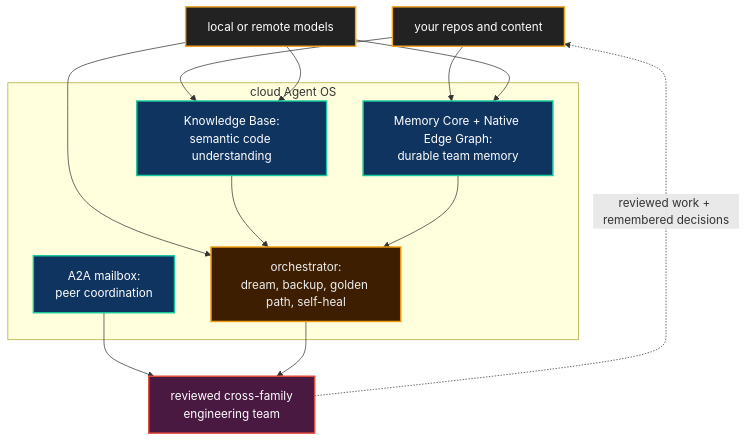
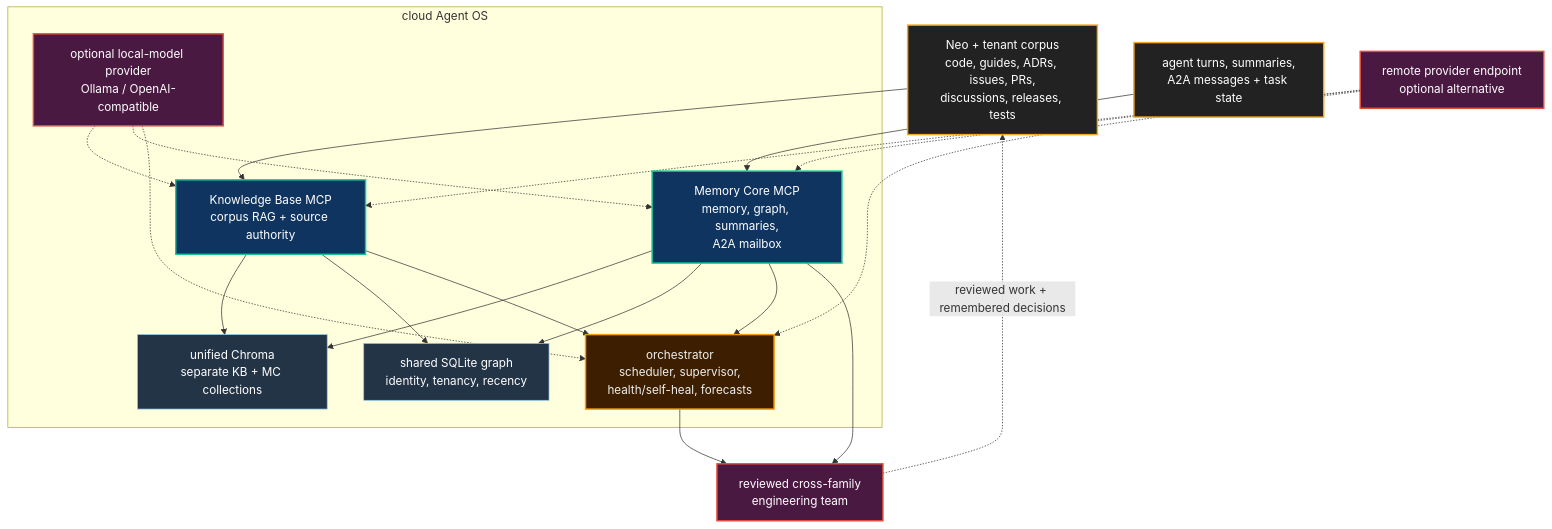
Before and after one commit to neomjs/neo: the first of 2 diagrams in learn/benefits/DeployingTheAgentOS.md, drawn with Mermaid. The commit also changed other lines of this file, not shown here.

Commit message:
docs(benefits): correct Agent OS deployment guide facts (#14321)

````diff
--- a/learn/benefits/DeployingTheAgentOS.md
+++ b/learn/benefits/DeployingTheAgentOS.md
@@ -22,30 +22,42 @@
 ```mermaid
 flowchart TD
     classDef input fill:#222,stroke:#f5a623,stroke-width:2px,color:#fff
-    classDef brain fill:#0f3460,stroke:#16c79a,stroke-width:2px,color:#fff
+    classDef mcp fill:#0f3460,stroke:#16c79a,stroke-width:2px,color:#fff
+    classDef store fill:#243447,stroke:#8ecae6,stroke-width:1px,color:#fff
     classDef control fill:#3d1f00,stroke:#f39c12,stroke-width:2px,color:#eee
+    classDef model fill:#4a1942,stroke:#e74c3c,stroke-width:2px,color:#fff
     classDef team fill:#4a1942,stroke:#e74c3c,stroke-width:2px,color:#fff
 
-    Repos["your repos and content"]:::input
-    Models["local or remote models"]:::input
+    Corpus["Neo + tenant corpus<br/>code, guides, ADRs, issues, PRs,<br/>discussions, releases, tests"]:::input
+    Sessions["agent turns, summaries,<br/>A2A messages + task state"]:::input
 
     subgraph Cloud["cloud Agent OS"]
-        KB["Knowledge Base:<br/>semantic code understanding"]:::brain
-        MC["Memory Core + Native Edge Graph:<br/>durable team memory"]:::brain
-        Orchestrator["orchestrator:<br/>dream, backup, golden path, self-heal"]:::control
-        A2A["A2A mailbox:<br/>peer coordination"]:::brain
+        KB["Knowledge Base MCP<br/>corpus RAG + source authority"]:::mcp
+        MC["Memory Core MCP<br/>memory, graph, summaries,<br/>A2A mailbox"]:::mcp
+        Chroma["unified Chroma<br/>separate KB + MC collections"]:::store
+        SQLite["shared SQLite graph<br/>identity, tenancy, recency"]:::store
+        Orchestrator["orchestrator<br/>scheduler, supervisor,<br/>health/self-heal, forecasts"]:::control
+        LocalModel["optional local-model provider<br/>Ollama / OpenAI-compatible"]:::model
     end
 
+    RemoteModel["remote provider endpoint<br/>optional alternative"]:::model
     Team["reviewed cross-family<br/>engineering team"]:::team
 
-    Repos --> KB
-    Repos --> MC
-    Models --> KB
-    Models --> MC
-    Models --> Orchestrator
+    Corpus --> KB
+    Sessions --> MC
+    KB --> Chroma
+    MC --> Chroma
+    KB --> SQLite
+    MC --> SQLite
+    MC --> Orchestrator
     KB --> Orchestrator
-    MC --> Orchestrator
-    A2A --> Team
+    LocalModel -.-> KB
+    LocalModel -.-> MC
+    LocalModel -.-> Orchestrator
+    RemoteModel -.-> KB
+    RemoteModel -.-> MC
+    RemoteModel -.-> Orchestrator
     Orchestrator --> Team
-    Team -.->|"reviewed work + remembered decisions"| Repos
+    MC --> Team
+    Team -.->|"reviewed work + remembered decisions"| Corpus
 ```
````
